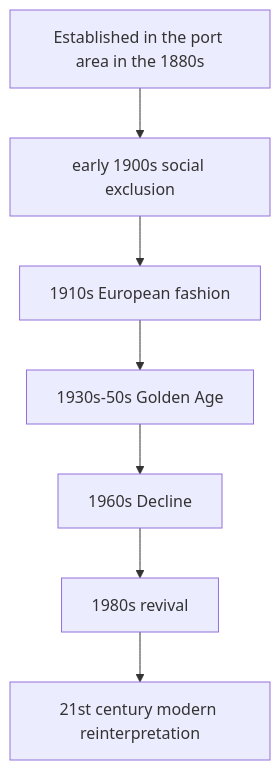
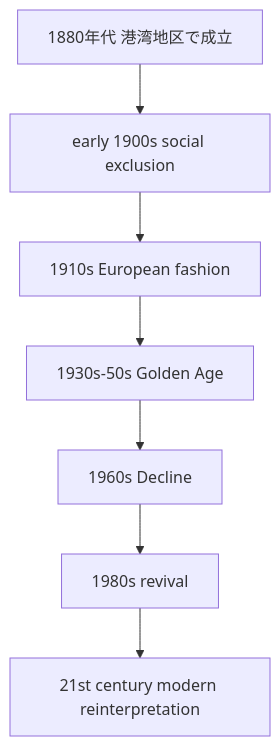
The diagram in en/_posts/2026-01-31-column-tango.md (monumental-movement/monumental-movement.github.io), drawn with Mermaid before and after one commit. The commit also changed other lines of this file and 851 other files, not shown here.

```diff
--- a/en/_posts/2026-01-31-column-tango.md
+++ b/en/_posts/2026-01-31-column-tango.md
@@ -181,9 +181,9 @@
 <div class="mermaid">
 graph TD
-A[Established in the port area in the 1880s] --> B[early 1900s social exclusion]
+A[1880年代 港湾地区で成立] --> B[early 1900s social exclusion]
 B --> C[1910s European fashion]
 C --> D[1930s-50s Golden Age]
 D --> E[1960s Decline]
 E --> F[1980s revival]
 F --> G[21st century modern reinterpretation]
 </div>
```
